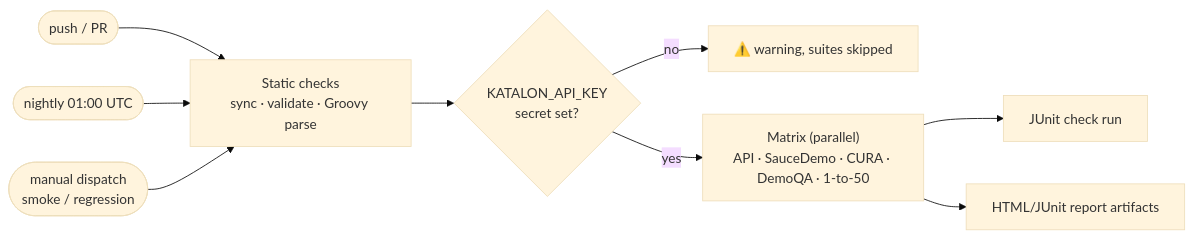
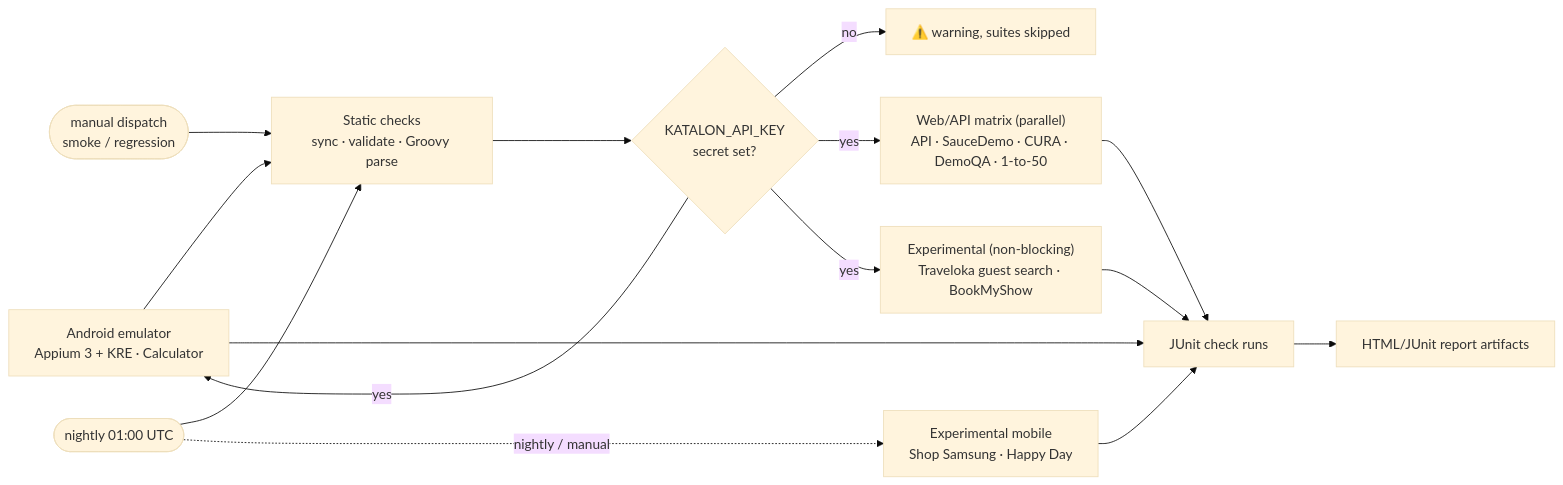
One commit to HivanA98/Katalon-Studio changed the second of 2 diagrams in README.md. Above: the diagram before and after it, drawn with Mermaid (base theme). The commit also changed other lines of this file and 77 other files, not shown here.

First line of the commit message:
Replace personal-data tests with guest flows and expand CI

````diff
--- a/README.md
+++ b/README.md
@@ -233,11 +233,17 @@
 ```mermaid
 flowchart LR
     A([push / PR]) --> S[Static checks<br/>sync · validate · Groovy parse]
     N([nightly 01:00 UTC]) --> S
     M([manual dispatch<br/>smoke / regression]) --> S
     S --> K{KATALON_API_KEY<br/>secret set?}
     K -- no --> W[⚠️ warning, suites skipped]
-    K -- yes --> R["Matrix (parallel)<br/>API · SauceDemo · CURA · DemoQA · 1-to-50"]
-    R --> J[JUnit check run]
-    R --> U[HTML/JUnit report artifacts]
+    K -- yes --> R["Web/API matrix (parallel)<br/>API · SauceDemo · CURA · DemoQA · 1-to-50"]
+    K -- yes --> X["Experimental (non-blocking)<br/>Traveloka guest search · BookMyShow"]
+    K -- yes --> A["Android emulator<br/>Appium 3 + KRE · Calculator"]
+    N -. nightly / manual .-> E["Experimental mobile<br/>Shop Samsung · Happy Day"]
+    R --> J[JUnit check runs]
+    X --> J
+    A --> J
+    E --> J
+    J --> U[HTML/JUnit report artifacts]
 ```
````
